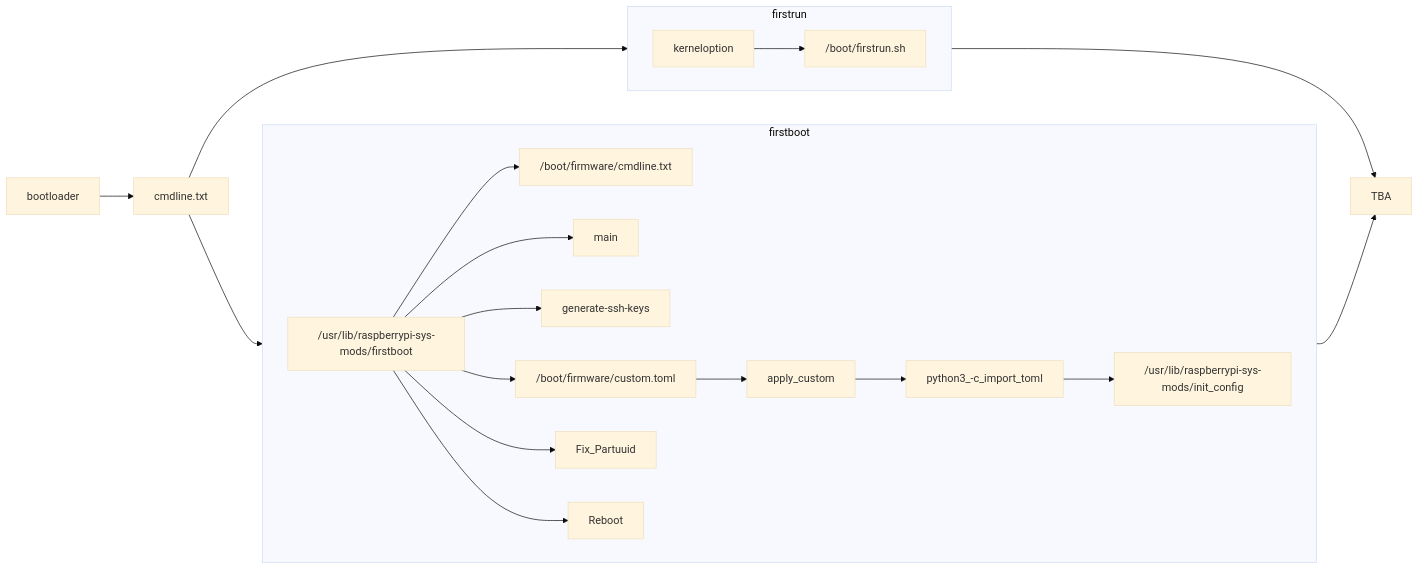
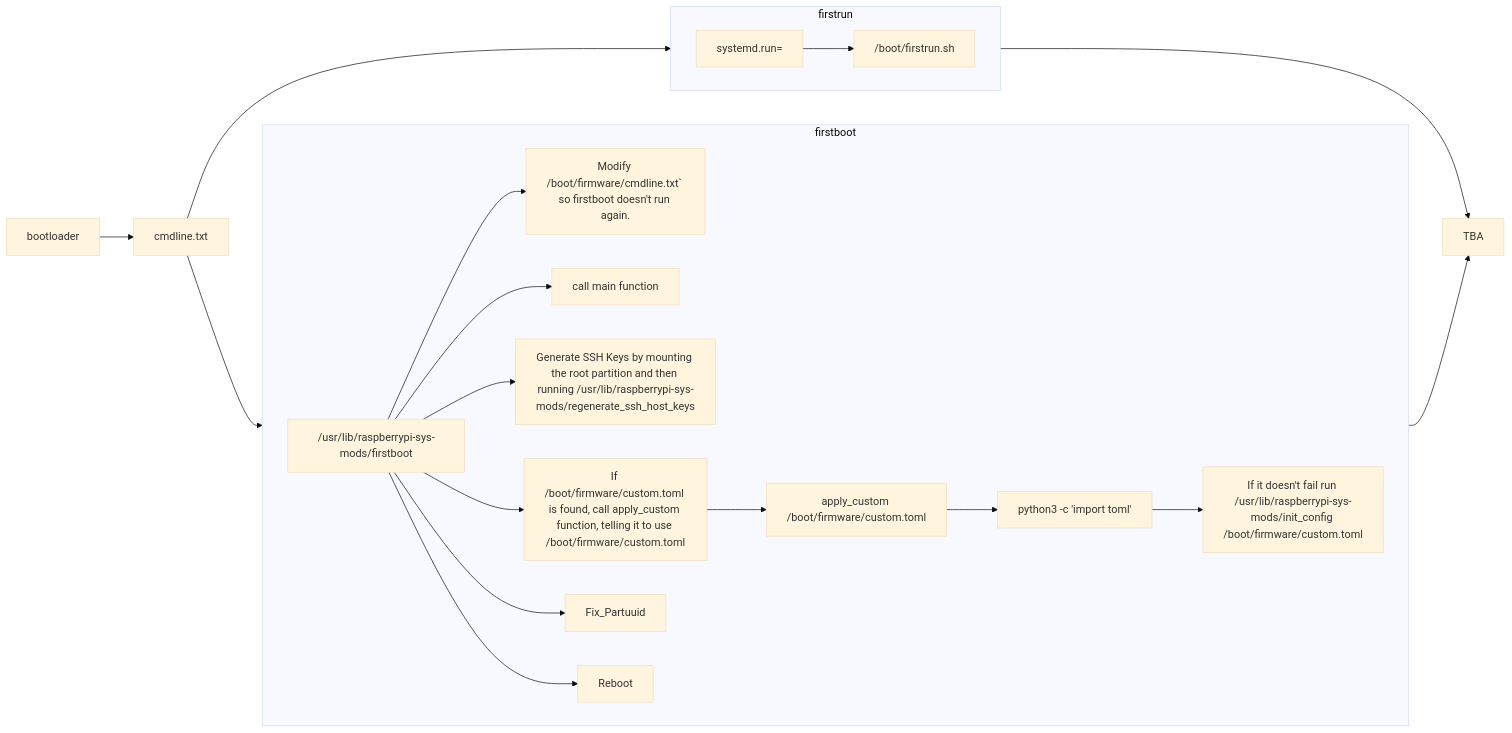
Before and after one commit to tlourey/tlourey.github.io: the diagram in pages/raspberry-pi-tips.md, drawn with Mermaid (base theme). The commit also changed other lines of this file, not shown here.

Commit message:
diagram formatting

````diff
--- a/pages/raspberry-pi-tips.md
+++ b/pages/raspberry-pi-tips.md
@@ -171,30 +138,43 @@
 ```mermaid
 flowchart LR
  subgraph firstboot["firstboot"]
     direction LR
-        /boot/firmware/cmdline.txt["/boot/firmware/cmdline.txt"]
+        /boot/firmware/cmdline.txt@{ label: "Modify /boot/firmware/cmdline.txt` so firstboot doesn't run again." }
         /usr/lib/raspberrypi-sys-mods/firstboot["/usr/lib/raspberrypi-sys-mods/firstboot"]
-        main["main"]
-        generate-ssh-keys["generate-ssh-keys"]
-        apply_custom["apply_custom"]
-        /boot/firmware/custom.toml["/boot/firmware/custom.toml"]
-        /usr/lib/raspberrypi-sys-mods/init_config["/usr/lib/raspberrypi-sys-mods/init_config"]
-        python3_-c_import_toml["python3_-c_import_toml"]
+        main["call main function"]
+        generate-ssh-keys["Generate SSH Keys by mounting the root partition and then running /usr/lib/raspberrypi-sys-mods/regenerate_ssh_host_keys"]
+        apply_custom["apply_custom /boot/firmware/custom.toml"]
+        /boot/firmware/custom.toml["If /boot/firmware/custom.toml is found, call apply_custom function, telling it to use /boot/firmware/custom.toml"]
+        /usr/lib/raspberrypi-sys-mods/init_config@{ label: "If it doesn't fail run /usr/lib/raspberrypi-sys-mods/init_config /boot/firmware/custom.toml" }
+        python3_-c_import_toml@{ label: "python3 -c 'import toml'" }
         Fix_Partuuid["Fix_Partuuid"]
         Reboot["Reboot"]
   end
  subgraph firstrun["firstrun"]
     direction LR
         /boot/firstrun.sh["/boot/firstrun.sh"]
-        kerneloption["kerneloption"]
+        kerneloption["systemd.run="]
   end
     bootloader["bootloader"] --> cmdline.txt["cmdline.txt"]
-    cmdline.txt --> /usr/lib/raspberrypi-sys-mods/firstboot & /boot/firstrun.sh
+    cmdline.txt --> /usr/lib/raspberrypi-sys-mods/firstboot & kerneloption
     /usr/lib/raspberrypi-sys-mods/firstboot --> /boot/firmware/cmdline.txt & main & generate-ssh-keys & /boot/firmware/custom.toml & Fix_Partuuid & Reboot
     /boot/firmware/custom.toml --> apply_custom
     apply_custom --> python3_-c_import_toml
     python3_-c_import_toml --> /usr/lib/raspberrypi-sys-mods/init_config
     /usr/lib/raspberrypi-sys-mods/init_config --> TBA["TBA"]
     kerneloption --> /boot/firstrun.sh
     /boot/firstrun.sh --> TBA
+
+    /boot/firmware/cmdline.txt@{ shape: rect}
+    /usr/lib/raspberrypi-sys-mods/init_config@{ shape: rect}
+    python3_-c_import_toml@{ shape: rect}
+    click /boot/firmware/cmdline.txt "#firstboot"
+    click /usr/lib/raspberrypi-sys-mods/firstboot "https://github.com/RPi-Distro/raspberrypi-sys-mods/blob/bookworm/usr/lib/raspberrypi-sys-mods/firstboot"
+    click main "https://github.com/RPi-Distro/raspberrypi-sys-mods/blob/93ab67567a088b6adbb0a8ec9d09655af52c14e4/usr/lib/raspberrypi-sys-mods/firstboot#L80"
+    click generate-ssh-keys "https://github.com/RPi-Distro/raspberrypi-sys-mods/blob/bookworm/usr/lib/raspberrypi-sys-mods/regenerate_ssh_host_keys"
+    click /usr/lib/raspberrypi-sys-mods/init_config "https://github.com/RPi-Distro/raspberrypi-sys-mods/blob/93ab67567a088b6adbb0a8ec9d09655af52c14e4/usr/lib/raspberrypi-sys-mods/firstboot#L65"
+    click /boot/firstrun.sh "#raspberry-pi-imager-custom-settings"
+    click kerneloption "https://www.freedesktop.org/software/systemd/man/latest/kernel-command-line.html#systemd.run="
+    click bootloader "#raspberry-pi-bootloader-changes"
+    click cmdline.txt "#cmdlinetxt"
 ```
````
